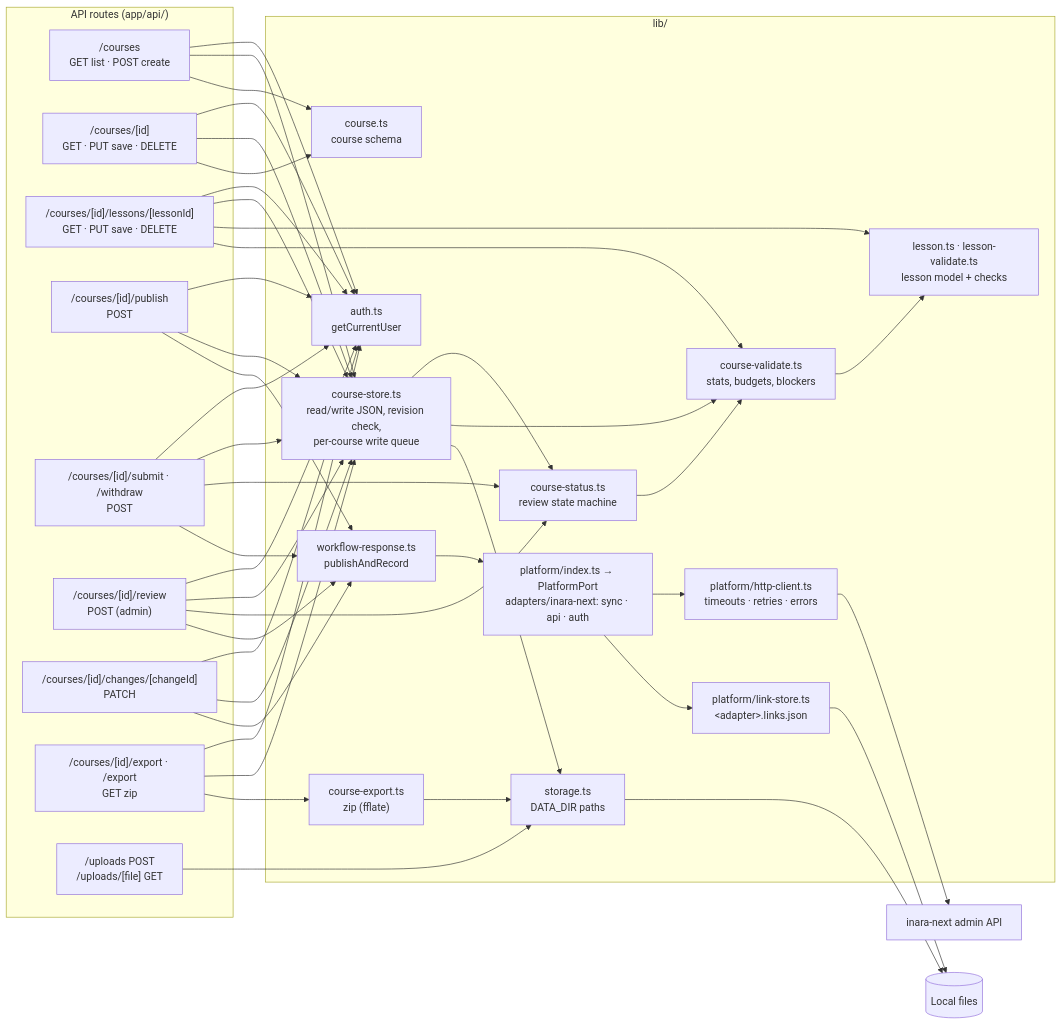
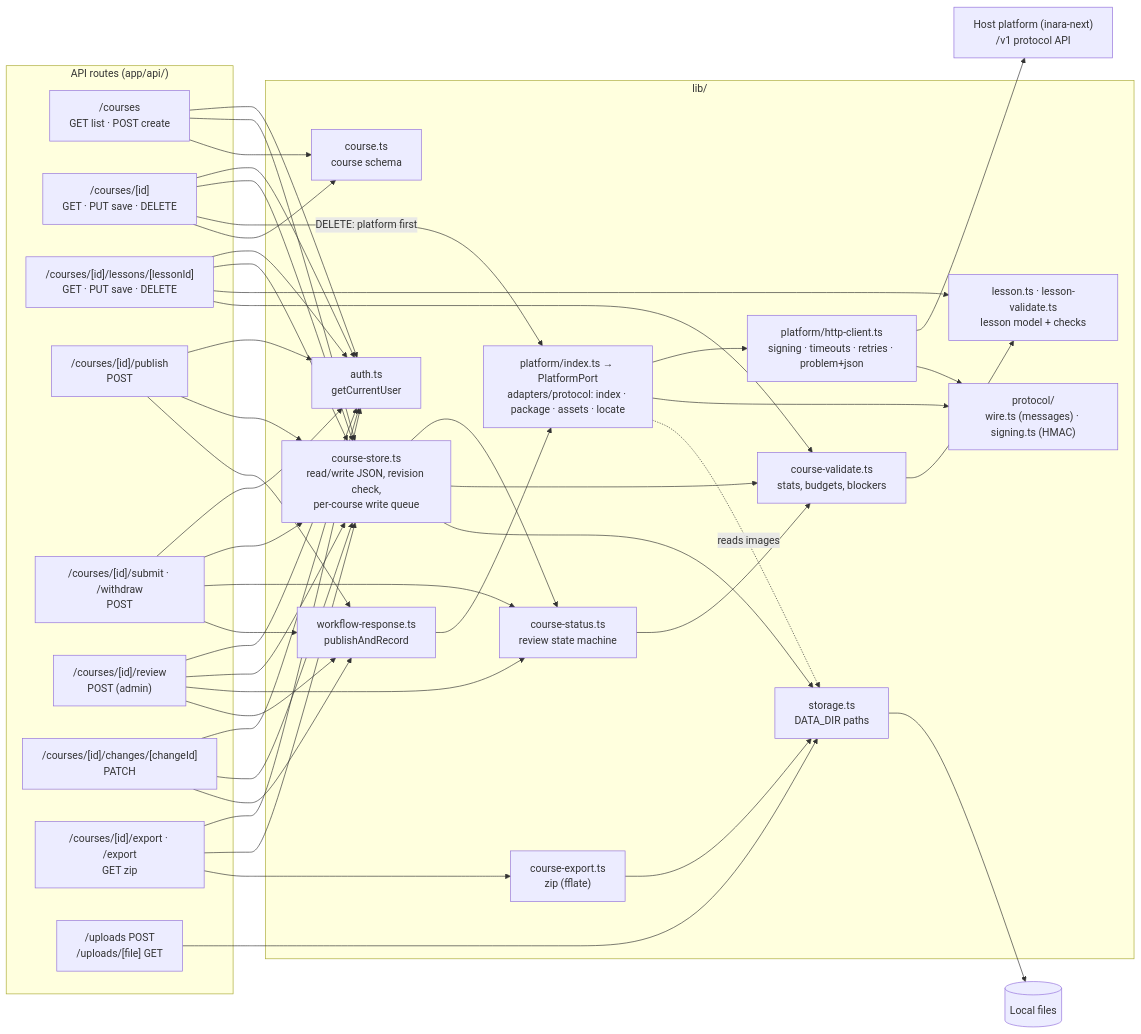
One commit to HafsaJavedPak/inarax-course-editor changed the sixth of 7 diagrams in docs/ARCHITECTURE.md. Above: the diagram before and after it, drawn with Mermaid. The commit also changed other lines of this file and 54 other files, not shown here.

First line of the commit message:
Publish through the Course Publishing Protocol instead of inara-next's admin API

````diff
--- a/docs/ARCHITECTURE.md
+++ b/docs/ARCHITECTURE.md
@@ -245,44 +246,46 @@
 ```mermaid
 flowchart LR
     subgraph Routes["API routes (app/api/)"]
         R1["/courses<br/>GET list · POST create"]
         R2["/courses/[id]<br/>GET · PUT save · DELETE"]
         R3["/courses/[id]/lessons/[lessonId]<br/>GET · PUT save · DELETE"]
         R4["/courses/[id]/publish<br/>POST"]
         R5["/courses/[id]/submit · /withdraw<br/>POST"]
         R6["/courses/[id]/review<br/>POST (admin)"]
         R7["/courses/[id]/changes/[changeId]<br/>PATCH"]
         R8["/courses/[id]/export · /export<br/>GET zip"]
         R9["/uploads POST<br/>/uploads/[file] GET"]
     end
     subgraph Lib["lib/"]
         AUTH["auth.ts<br/>getCurrentUser"]
         STORE["course-store.ts<br/>read/write JSON, revision check,<br/>per-course write queue"]
         STAT["course-status.ts<br/>review state machine"]
         CVAL["course-validate.ts<br/>stats, budgets, blockers"]
         COURSE["course.ts<br/>course schema"]
         LESSON["lesson.ts · lesson-validate.ts<br/>lesson model + checks"]
         WR["workflow-response.ts<br/>publishAndRecord"]
-        PUBL["platform/index.ts → PlatformPort<br/>adapters/inara-next: sync · api · auth"]
-        DBM["platform/http-client.ts<br/>timeouts · retries · errors"]
-        LNK["platform/link-store.ts<br/>&lt;adapter&gt;.links.json"]
+        PUBL["platform/index.ts → PlatformPort<br/>adapters/protocol: index · package · assets · locate"]
+        DBM["platform/http-client.ts<br/>signing · timeouts · retries · problem+json"]
+        PROT["protocol/<br/>wire.ts (messages) · signing.ts (HMAC)"]
         EXP["course-export.ts<br/>zip (fflate)"]
         STG["storage.ts<br/>DATA_DIR paths"]
     end
     FS[("Local files")]
-    DB["inara-next admin API"]
+    DB["Host platform (inara-next)<br/>/v1 protocol API"]
 
     R1 & R2 & R3 & R4 & R5 & R6 & R7 & R8 --> AUTH
     R1 & R2 & R3 & R4 & R5 & R6 & R7 & R8 --> STORE
+    R2 -- "DELETE: platform first" --> PUBL
     R2 & R1 --> COURSE
     R3 --> LESSON & CVAL
     R5 & R6 --> STAT
     R4 & R5 & R6 & R7 --> WR
     WR --> PUBL --> DBM --> DB
-    PUBL --> LNK --> FS
+    PUBL & DBM --> PROT
+    PUBL -. "reads images" .-> STG
     R8 --> EXP --> STG
     R9 --> STG
     STORE --> STAT & CVAL & STG
     STAT --> CVAL --> LESSON
     STG --> FS
 ```
````
